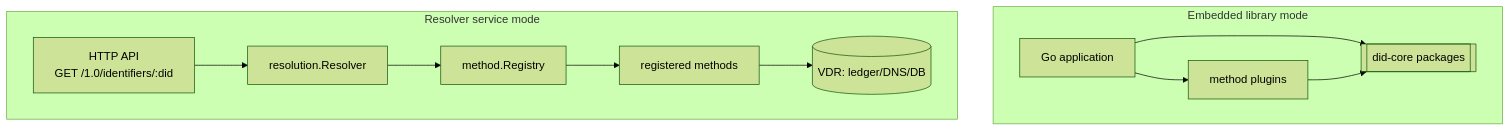
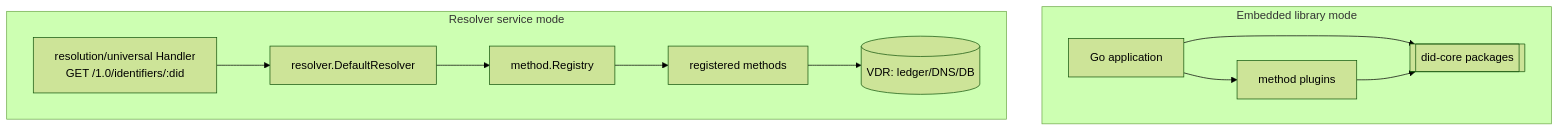
Before and after one commit to SAGE-X-project/did-go: the third of 3 diagrams in docs/03-component-diagram.md, drawn with Mermaid (forest theme). The commit also changed other lines of this file and 16 other files, not shown here.

````diff
--- a/docs/03-component-diagram.md
+++ b/docs/03-component-diagram.md
@@ -128,17 +141,17 @@
 ```mermaid
 flowchart TB
     subgraph clientlib["Embedded library mode"]
         A1[Go application]
         A1 --> CORELIB[[did-core packages]]
         A1 --> ADPT1[method plugins]
         ADPT1 --> CORELIB
     end
 
     subgraph service["Resolver service mode"]
-        HTTP[HTTP API<br/>GET /1.0/identifiers/:did]
-        HTTP --> RSVC[resolution.Resolver]
+        HTTP[resolution/universal Handler<br/>GET /1.0/identifiers/:did]
+        HTTP --> RSVC[resolver.DefaultResolver]
         RSVC --> REG[method.Registry]
         REG --> MDRV[registered methods]
         MDRV --> VDRS[("VDR: ledger/DNS/DB")]
     end
 ```
````
